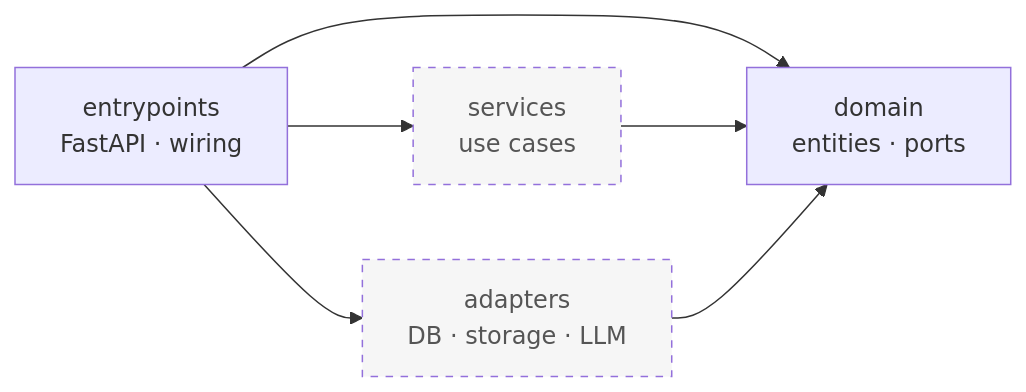
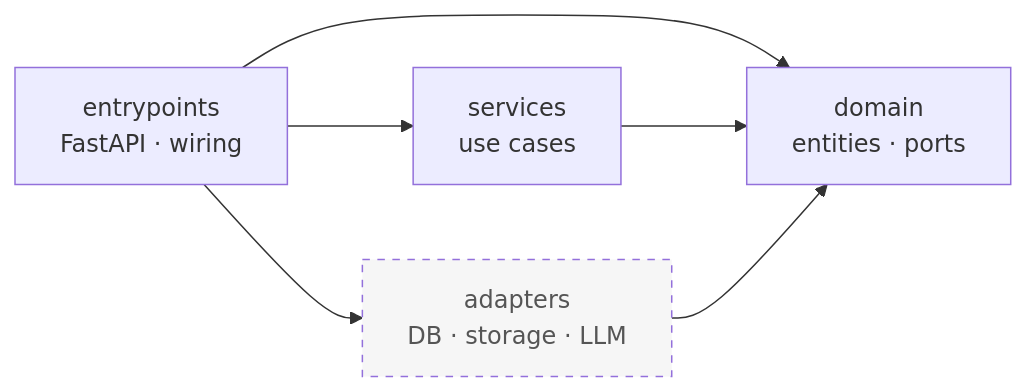
Before and after one commit to jacogro13/Cicero: the first of 4 diagrams in docs/architecture.md, drawn with Mermaid. The commit also changed other lines of this file, not shown here.

Commit message:
docs: architecture.md: add UploadDocument and tighten to the concision standard

````diff
--- a/docs/architecture.md
+++ b/docs/architecture.md
@@ -28,16 +28,16 @@
 ```mermaid
 flowchart LR
     entrypoints["entrypoints<br/>FastAPI · wiring"]
     adapters["adapters<br/>DB · storage · LLM"]
     services["services<br/>use cases"]
     domain["domain<br/>entities · ports"]
 
     entrypoints --> services
     entrypoints --> adapters
     entrypoints --> domain
     services --> domain
     adapters --> domain
 
     classDef planned stroke-dasharray:5 5,fill:#f6f6f6,color:#555;
-    class services,adapters planned
+    class adapters planned
 ```
````
